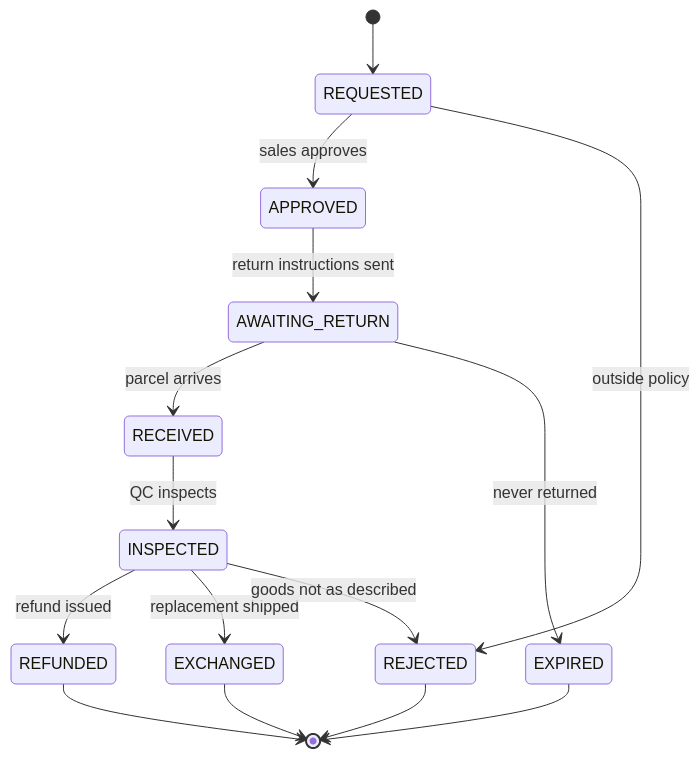
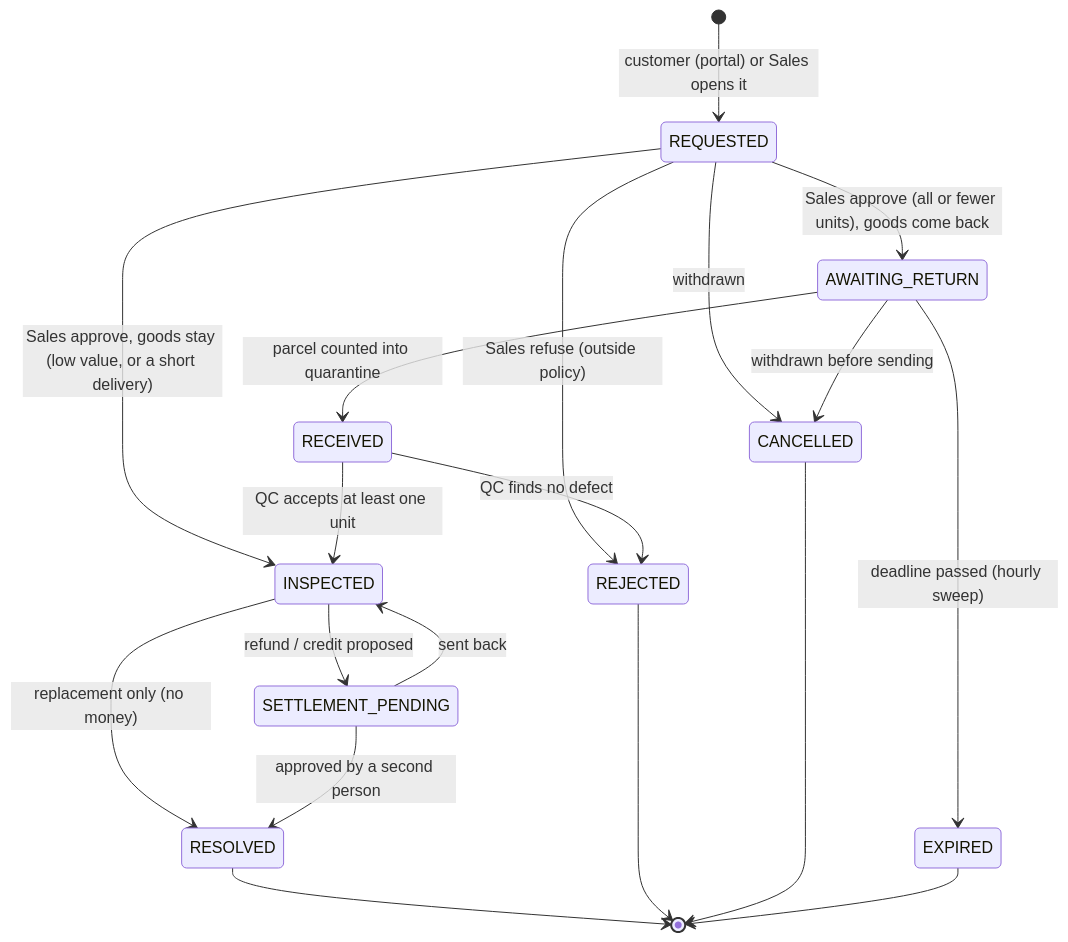
Before and after one commit to KLTN-FA26/be-backoffice-stockflow-commerce: diagram 14 of 18 in docs/business-design/03-state-machines.md, drawn with Mermaid. The commit also changed other lines of this file and 2 other files, not shown here.

````diff
--- a/docs/business-design/03-state-machines.md
+++ b/docs/business-design/03-state-machines.md
@@ -682,17 +689,21 @@
 ```mermaid
 stateDiagram-v2
-    [*] --> REQUESTED
-    REQUESTED --> APPROVED: sales approves
-    REQUESTED --> REJECTED: outside policy
-    APPROVED --> AWAITING_RETURN: return instructions sent
-    AWAITING_RETURN --> RECEIVED: parcel arrives
-    AWAITING_RETURN --> EXPIRED: never returned
-    RECEIVED --> INSPECTED: QC inspects
-    INSPECTED --> REFUNDED: refund issued
-    INSPECTED --> EXCHANGED: replacement shipped
-    INSPECTED --> REJECTED: goods not as described
-    REFUNDED --> [*]
-    EXCHANGED --> [*]
+    [*] --> REQUESTED: customer (portal) or Sales opens it
+    REQUESTED --> AWAITING_RETURN: Sales approve (all or fewer units), goods come back
+    REQUESTED --> INSPECTED: Sales approve, goods stay (low value, or a short delivery)
+    REQUESTED --> REJECTED: Sales refuse (outside policy)
+    REQUESTED --> CANCELLED: withdrawn
+    AWAITING_RETURN --> RECEIVED: parcel counted into quarantine
+    AWAITING_RETURN --> CANCELLED: withdrawn before sending
+    AWAITING_RETURN --> EXPIRED: deadline passed (hourly sweep)
+    RECEIVED --> INSPECTED: QC accepts at least one unit
+    RECEIVED --> REJECTED: QC finds no defect
+    INSPECTED --> RESOLVED: replacement only (no money)
+    INSPECTED --> SETTLEMENT_PENDING: refund / credit proposed
+    SETTLEMENT_PENDING --> RESOLVED: approved by a second person
+    SETTLEMENT_PENDING --> INSPECTED: sent back
+    RESOLVED --> [*]
     REJECTED --> [*]
+    CANCELLED --> [*]
     EXPIRED --> [*]
 ```
````
